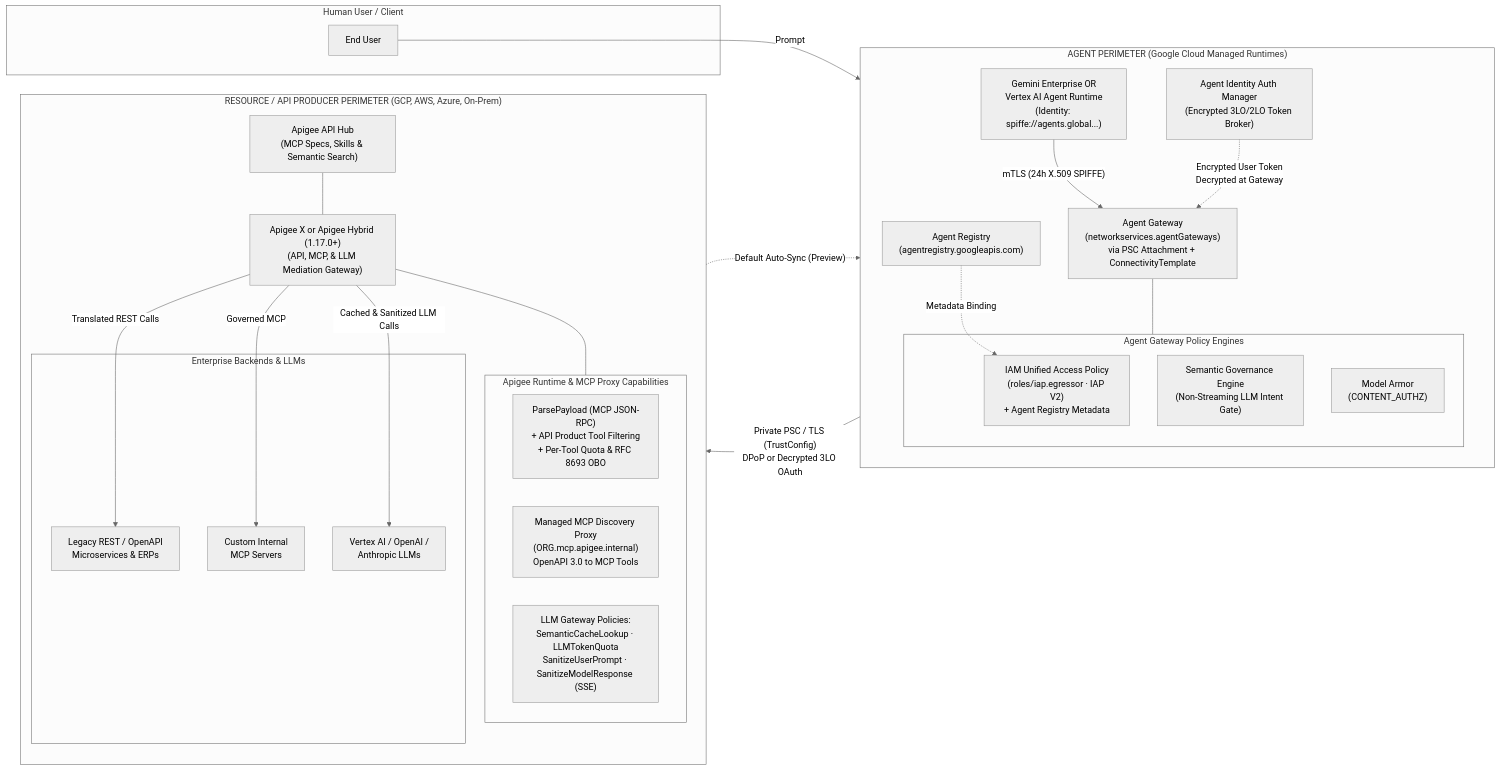
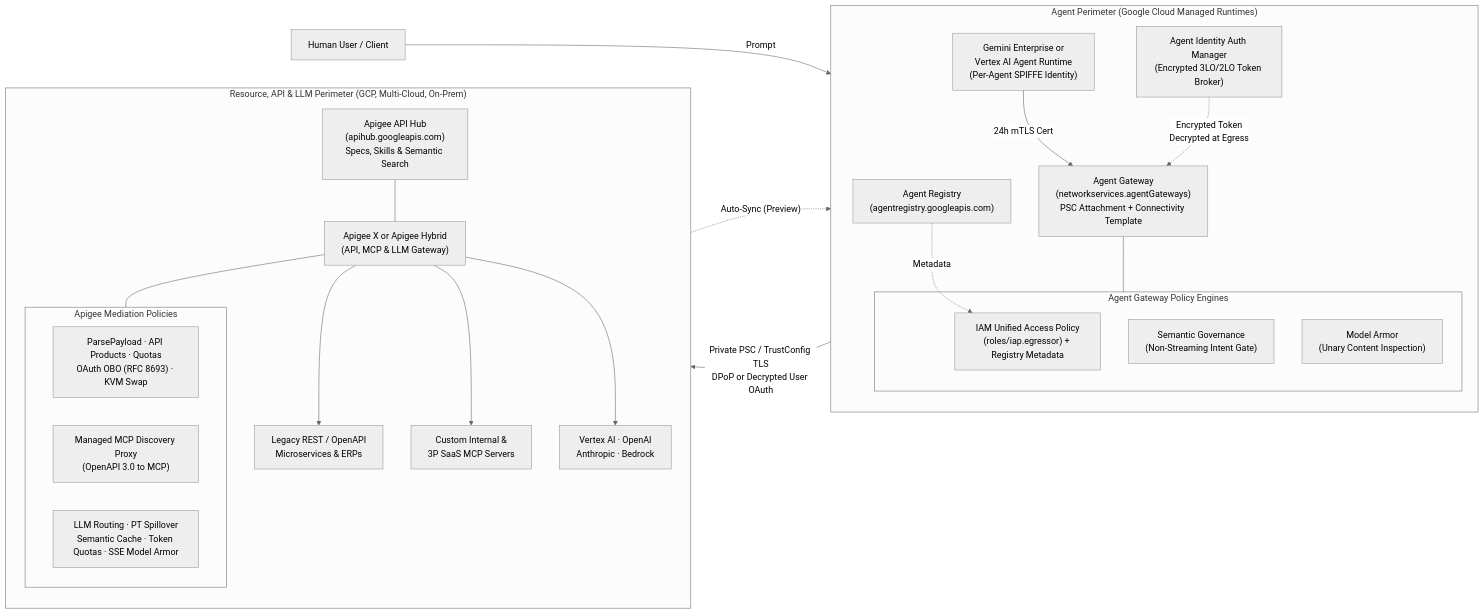
One commit to krisrowe/apigee-guides changed the first of 2 diagrams in ai-gateway/agent-gateway-comparison.md. Above: the diagram before and after it, drawn with Mermaid (neutral theme). The commit also changed other lines of this file and 3 other files, not shown here.

````diff
--- a/ai-gateway/agent-gateway-comparison.md
+++ b/ai-gateway/agent-gateway-comparison.md
@@ -88,54 +82,45 @@
 ```mermaid
 flowchart LR
-    subgraph UserLayer["Human User / Client"]
-        U["End User"]
+    U["Human User / Client"] -->|"Prompt"| GE
+
+    subgraph AgentSide["Agent Perimeter (Google Cloud Managed Runtimes)"]
+        direction TB
+        GE["Gemini Enterprise or\nVertex AI Agent Runtime\n(Per-Agent SPIFFE Identity)"]
+        AM["Agent Identity Auth Manager\n(Encrypted 3LO/2LO Token Broker)"]
+        AG["Agent Gateway\n(networkservices.agentGateways)\nPSC Attachment + Connectivity Template"]
+        AR["Agent Registry\n(agentregistry.googleapis.com)"]
+
+        subgraph AG_Policies["Agent Gateway Policy Engines"]
+            UAP["IAM Unified Access Policy\n(roles/iap.egressor) + Registry Metadata"]
+            SG["Semantic Governance\n(Non-Streaming Intent Gate)"]
+            MA1["Model Armor\n(Unary Content Inspection)"]
+        end
+
+        GE -->|"24h mTLS Cert"| AG
+        AM -.->|"Encrypted Token\nDecrypted at Egress"| AG
+        AG --- AG_Policies
+        AR -.->|"Metadata"| UAP
     end
 
-    subgraph AgentSide["AGENT PERIMETER (Google Cloud Managed Runtimes)"]
+    subgraph ProducerSide["Resource, API & LLM Perimeter (GCP, Multi-Cloud, On-Prem)"]
         direction TB
-        GE["Gemini Enterprise OR\nVertex AI Agent Runtime\n(Identity: spiffe://agents.global...)"]
-        AM["Agent Identity Auth Manager\n(Encrypted 3LO/2LO Token Broker)"]
-        AG["Agent Gateway\n(networkservices.agentGateways)\nvia PSC Attachment + ConnectivityTemplate"]
-        AR["Agent Registry\n(agentregistry.googleapis.com)"]
-        
-        subgraph AG_Policies["Agent Gateway Policy Engines"]
-            UAP["IAM Unified Access Policy\n(roles/iap.egressor · IAP V2)\n+ Agent Registry Metadata"]
-            SG["Semantic Governance Engine\n(Non-Streaming LLM Intent Gate)"]
-            MA1["Model Armor\n(CONTENT_AUTHZ)"]
+        APIHUB["Apigee API Hub\n(apihub.googleapis.com)\nSpecs, Skills & Semantic Search"]
+        APIGEE["Apigee X or Apigee Hybrid\n(API, MCP & LLM Gateway)"]
+
+        subgraph Apigee_Policies["Apigee Mediation Policies"]
+            PP["ParsePayload · API Products · Quotas\nOAuth OBO (RFC 8693) · KVM Swap"]
+            MCP_DISC["Managed MCP Discovery Proxy\n(OpenAPI 3.0 to MCP)"]
+            LLM_POL["LLM Routing · PT Spillover\nSemantic Cache · Token Quotas · SSE Model Armor"]
         end
 
-        GE -->|"mTLS (24h X.509 SPIFFE)"| AG
-        AM -.->|"Encrypted User Token\nDecrypted at Gateway"| AG
-        AG --- AG_Policies
-        AR -.->|"Metadata Binding"| UAP
-    end
-
-    subgraph ProducerSide["RESOURCE / API PRODUCER PERIMETER (GCP, AWS, Azure, On-Prem)"]
-        direction TB
-        APIHUB["Apigee API Hub\n(MCP Specs, Skills & Semantic Search)"]
-        APIGEE["Apigee X or Apigee Hybrid (1.17.0+)\n(API, MCP, & LLM Mediation Gateway)"]
-        
-        subgraph Apigee_Policies["Apigee Runtime & MCP Proxy Capabilities"]
-            PP["ParsePayload (MCP JSON-RPC)\n+ API Product Tool Filtering\n+ Per-Tool Quota & RFC 8693 OBO"]
-            MCP_DISC["Managed MCP Discovery Proxy\n(ORG.mcp.apigee.internal)\nOpenAPI 3.0 to MCP Tools"]
-            LLM_POL["LLM Gateway Policies:\nSemanticCacheLookup · LLMTokenQuota\nSanitizeUserPrompt · SanitizeModelResponse (SSE)"]
-        end
-
-        APIHUB -.->|"Default Auto-Sync (Preview)"| AR
+        APIHUB -.->|"Auto-Sync (Preview)"| AR
         APIHUB --- APIGEE
         APIGEE --- Apigee_Policies
 
-        subgraph Backends["Enterprise Backends & LLMs"]
-            REST["Legacy REST / OpenAPI\nMicroservices & ERPs"]
-            NATIVE_MCP["Custom Internal\nMCP Servers"]
-            LLM["Vertex AI / OpenAI /\nAnthropic LLMs"]
-        end
-
-        APIGEE -->|"Translated REST Calls"| REST
-        APIGEE -->|"Governed MCP"| NATIVE_MCP
-        APIGEE -->|"Cached & Sanitized LLM Calls"| LLM
+        APIGEE --> REST["Legacy REST / OpenAPI\nMicroservices & ERPs"]
+        APIGEE --> NATIVE_MCP["Custom Internal &\n3P SaaS MCP Servers"]
+        APIGEE --> LLM["Vertex AI · OpenAI\nAnthropic · Bedrock"]
     end
 
-    U -->|"Prompt"| GE
-    AG -->|"Private PSC / TLS (TrustConfig)\nDPoP or Decrypted 3LO OAuth"| APIGEE
+    AG -->|"Private PSC / TrustConfig TLS\nDPoP or Decrypted User OAuth"| APIGEE
 ```
````
